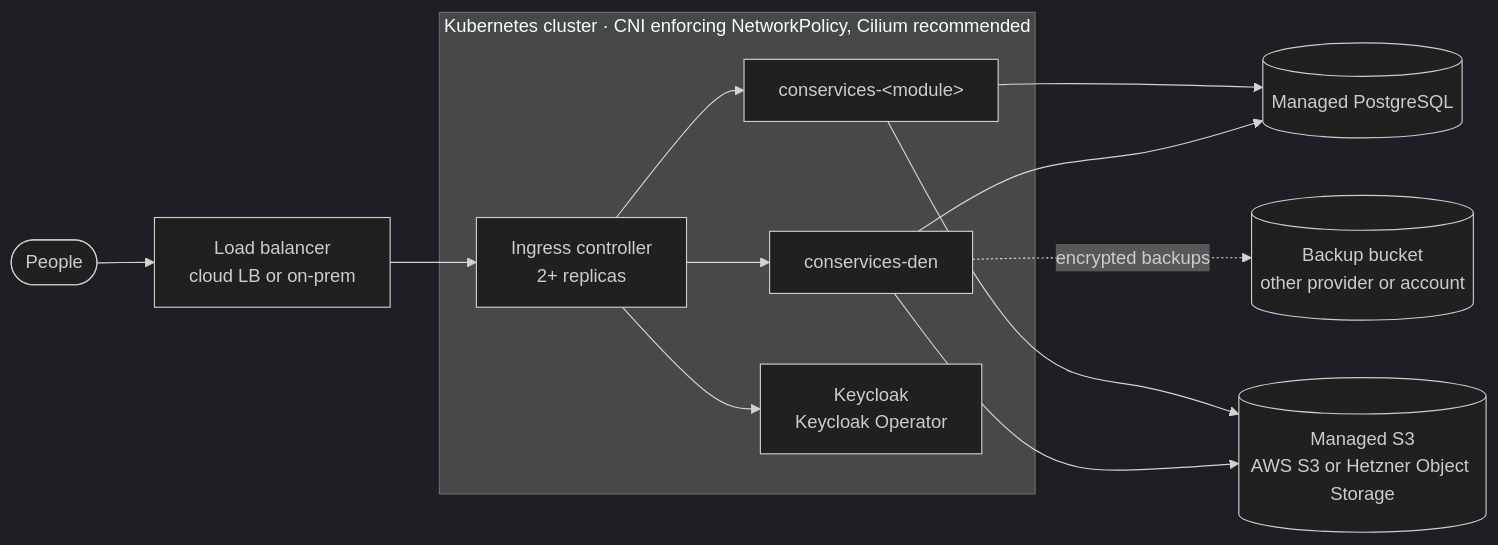
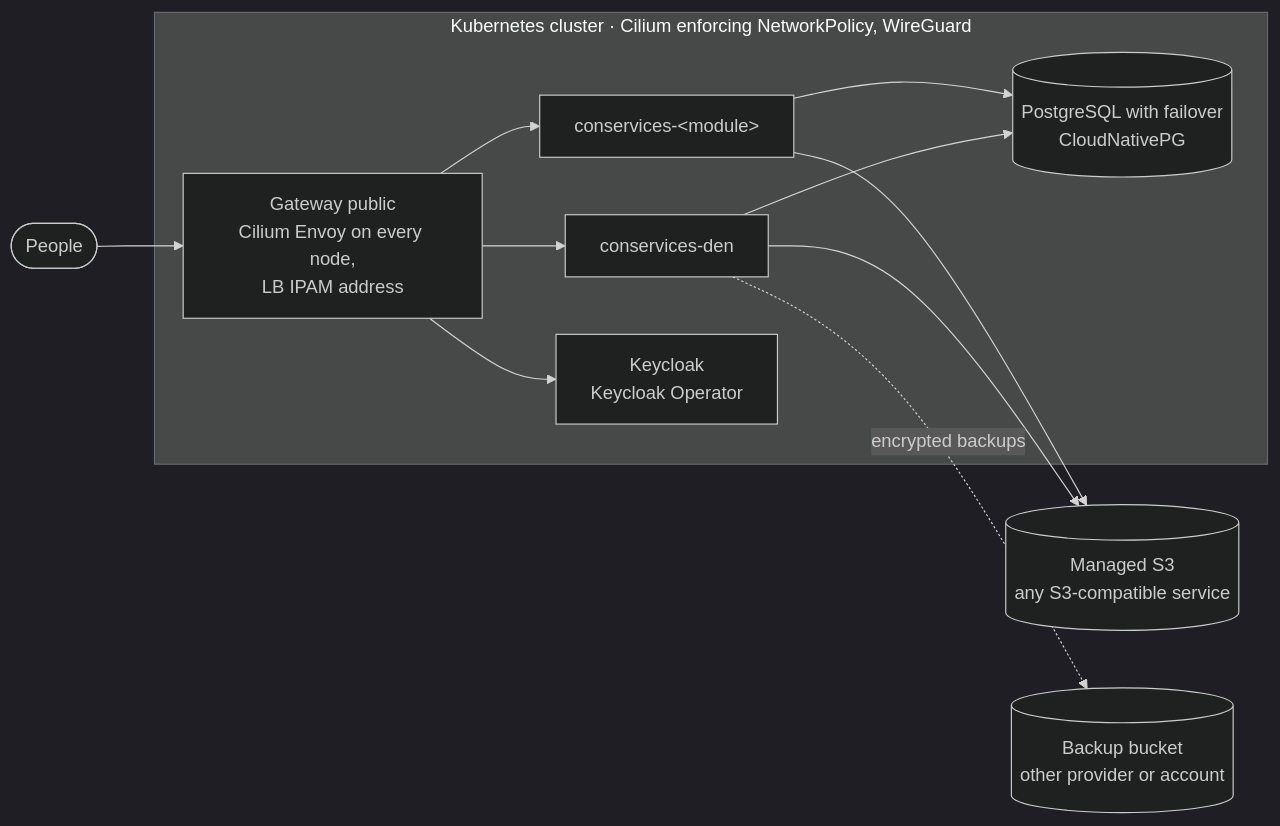
One commit to AGlElectronics/con-services changed the diagram in docs/operations/production.md. Above: the diagram before and after it, drawn with Mermaid (dark theme). The commit also changed other lines of this file and 78 other files, not shown here.

````diff
--- a/docs/operations/production.md
+++ b/docs/operations/production.md
@@ -17,15 +22,14 @@
 ```mermaid
 flowchart LR
-    users([People]) --> lb[Load balancer<br/>cloud LB or on-prem]
-    lb --> ic[Ingress controller<br/>2+ replicas]
-    subgraph cluster [Kubernetes cluster · CNI enforcing NetworkPolicy, Cilium recommended]
-        ic --> den[conservices-den]
-        ic --> mods[conservices-&lt;module&gt;]
-        ic --> kc[Keycloak<br/>Keycloak Operator]
+    users([People]) --> gw[Gateway public<br/>Cilium Envoy on every node,<br/>LB IPAM address]
+    subgraph cluster [Kubernetes cluster · Cilium enforcing NetworkPolicy, WireGuard]
+        gw --> den[conservices-den]
+        gw --> mods[conservices-&lt;module&gt;]
+        gw --> kc[Keycloak<br/>Keycloak Operator]
+        den --> pg[(PostgreSQL with failover<br/>CloudNativePG)]
+        mods --> pg
     end
-    den --> pg[(Managed PostgreSQL)]
-    mods --> pg
-    den --> s3[(Managed S3<br/>AWS S3 or Hetzner Object Storage)]
+    den --> s3[(Managed S3<br/>any S3-compatible service)]
     mods --> s3
     den -.->|encrypted backups| s3b[(Backup bucket<br/>other provider or account)]
 ```
````
